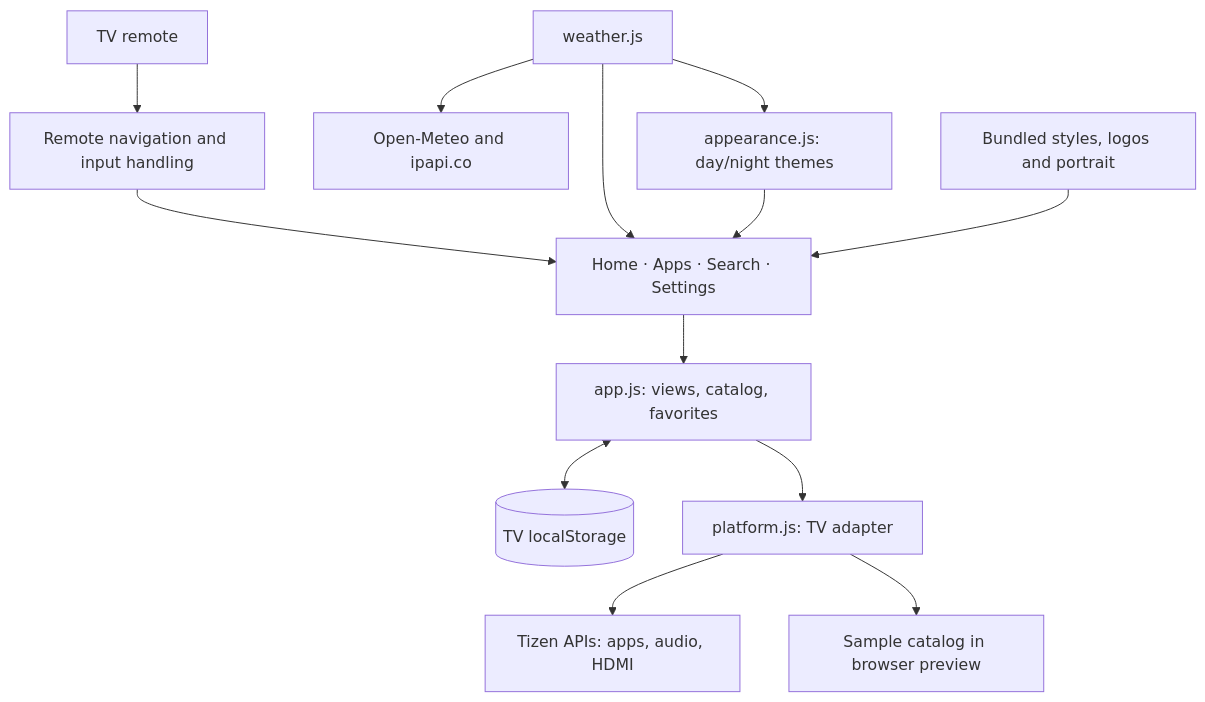
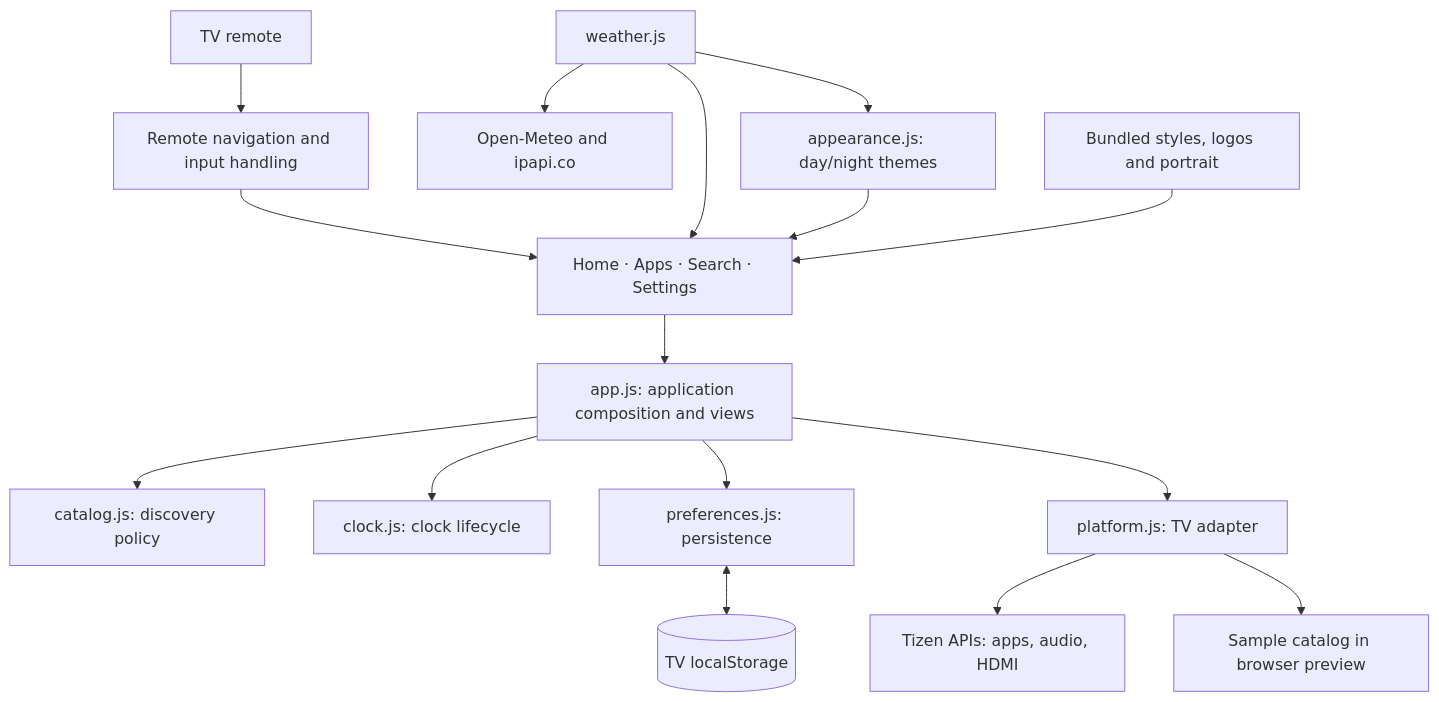
The diagram in README.md (sanjaydeyaug/my-samsung-tv), drawn with Mermaid before and after one commit. The commit also changed other lines of this file and 15 other files, not shown here.

````diff
--- a/README.md
+++ b/README.md
@@ -32,15 +32,18 @@
 ```mermaid
 flowchart TD
     Remote[TV remote] --> Navigation[Remote navigation and input handling]
     Navigation --> UI[Home · Apps · Search · Settings]
-    UI --> App[app.js: views, catalog, favorites]
-    App <--> Storage[(TV localStorage)]
+    UI --> App[app.js: application composition and views]
+    App --> Catalog[catalog.js: discovery policy]
+    App --> Clock[clock.js: clock lifecycle]
+    App --> Preferences[preferences.js: persistence]
+    Preferences <--> Storage[(TV localStorage)]
     App --> Platform[platform.js: TV adapter]
     Platform --> Tizen[Tizen APIs: apps, audio, HDMI]
     Platform --> Preview[Sample catalog in browser preview]
     Weather[weather.js] --> UI
     Weather --> Services[Open-Meteo and ipapi.co]
     Weather --> Appearance[appearance.js: day/night themes]
     Appearance --> UI
     Assets[Bundled styles, logos and portrait] --> UI
 ```
````
